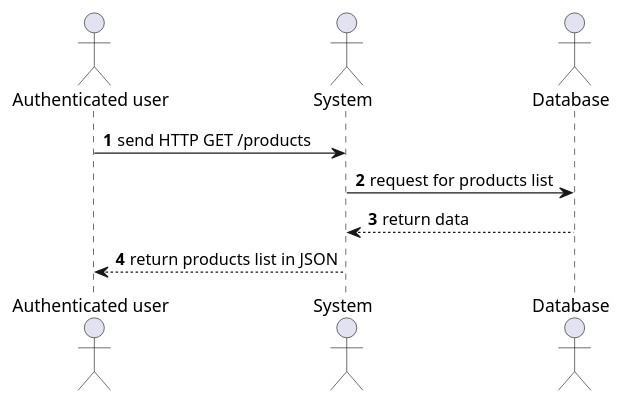
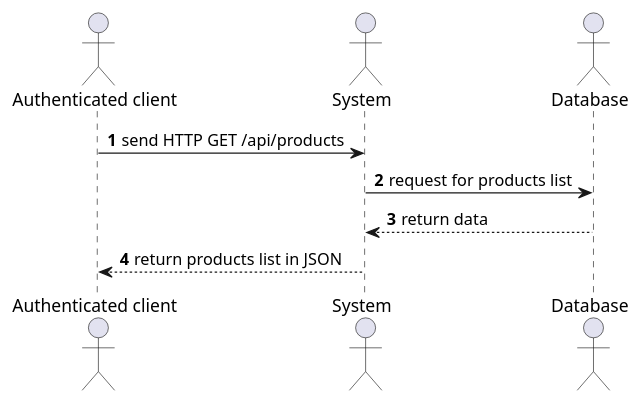
The diagram in diagrams/Sequences/ProductsManagement/Sequence_ListProducts.puml (Xwyk/BileMo), drawn with PlantUML before and after one commit. The commit also changed 18 other files, not shown here.

Commit message:
Diagrams update & png generation

```diff
--- a/diagrams/Sequences/ProductsManagement/Sequence_ListProducts.puml
+++ b/diagrams/Sequences/ProductsManagement/Sequence_ListProducts.puml
@@ -1,15 +1,15 @@
 @startuml
 'https://plantuml.com/sequence-diagram
 
 autonumber
 
-actor "Authenticated user" as user
+actor "Authenticated client" as client
 actor System                as system
 actor Database              as db
 
-user  -> system  : send HTTP GET /products
+client  -> system  : send HTTP GET /api/products
 system -> db      : request for products list
 system <-- db     : return data
-user  <-- system : return products list in JSON
+client  <-- system : return products list in JSON
 
 @enduml
```
